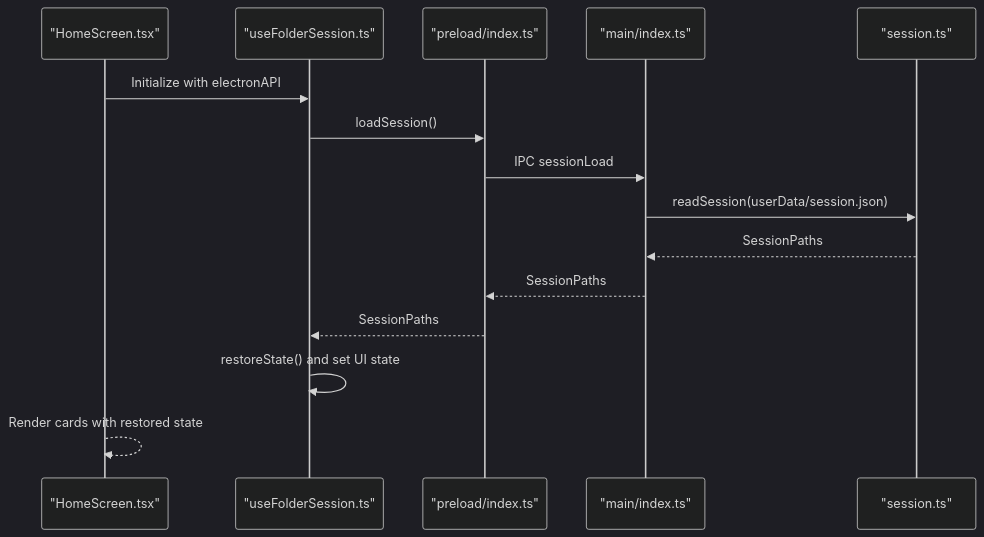
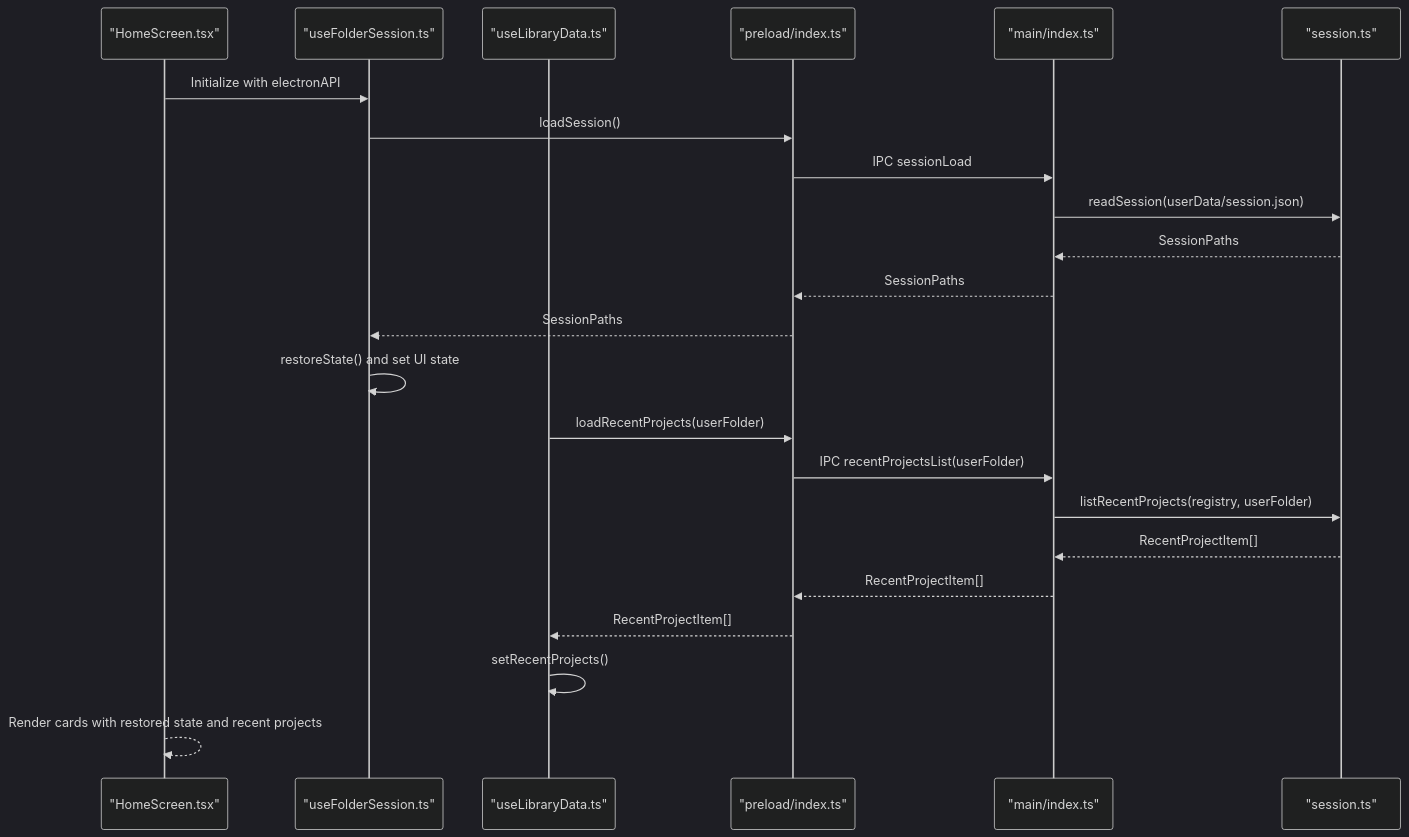
One commit to satyrlord/mixjam-electron changed the second of 11 diagrams in .qoder/repowiki/en/content/Session Management.md. Above: the diagram before and after it, drawn with Mermaid (dark theme). The commit also changed other lines of this file and 104 other files, not shown here.

First line of the commit message:
fix(config): update markdownlint schema and cleanup ignored paths

````diff
--- a/.qoder/repowiki/en/content/Session Management.md
+++ b/.qoder/repowiki/en/content/Session Management.md
@@ -103,17 +119,25 @@
 ```mermaid
 sequenceDiagram
 participant UI as "HomeScreen.tsx"
 participant Hook as "useFolderSession.ts"
+participant Library as "useLibraryData.ts"
 participant Preload as "preload/index.ts"
 participant Main as "main/index.ts"
 participant FS as "session.ts"
 UI->>Hook : Initialize with electronAPI
 Hook->>Preload : loadSession()
 Preload->>Main : IPC sessionLoad
 Main->>FS : readSession(userData/session.json)
 FS-->>Main : SessionPaths
 Main-->>Preload : SessionPaths
 Preload-->>Hook : SessionPaths
 Hook->>Hook : restoreState() and set UI state
-UI-->>UI : Render cards with restored state
+Library->>Preload : loadRecentProjects(userFolder)
+Preload->>Main : IPC recentProjectsList(userFolder)
+Main->>FS : listRecentProjects(registry, userFolder)
+FS-->>Main : RecentProjectItem[]
+Main-->>Preload : RecentProjectItem[]
+Preload-->>Library : RecentProjectItem[]
+Library->>Library : setRecentProjects()
+UI-->>UI : Render cards with restored state and recent projects
 ```
````
